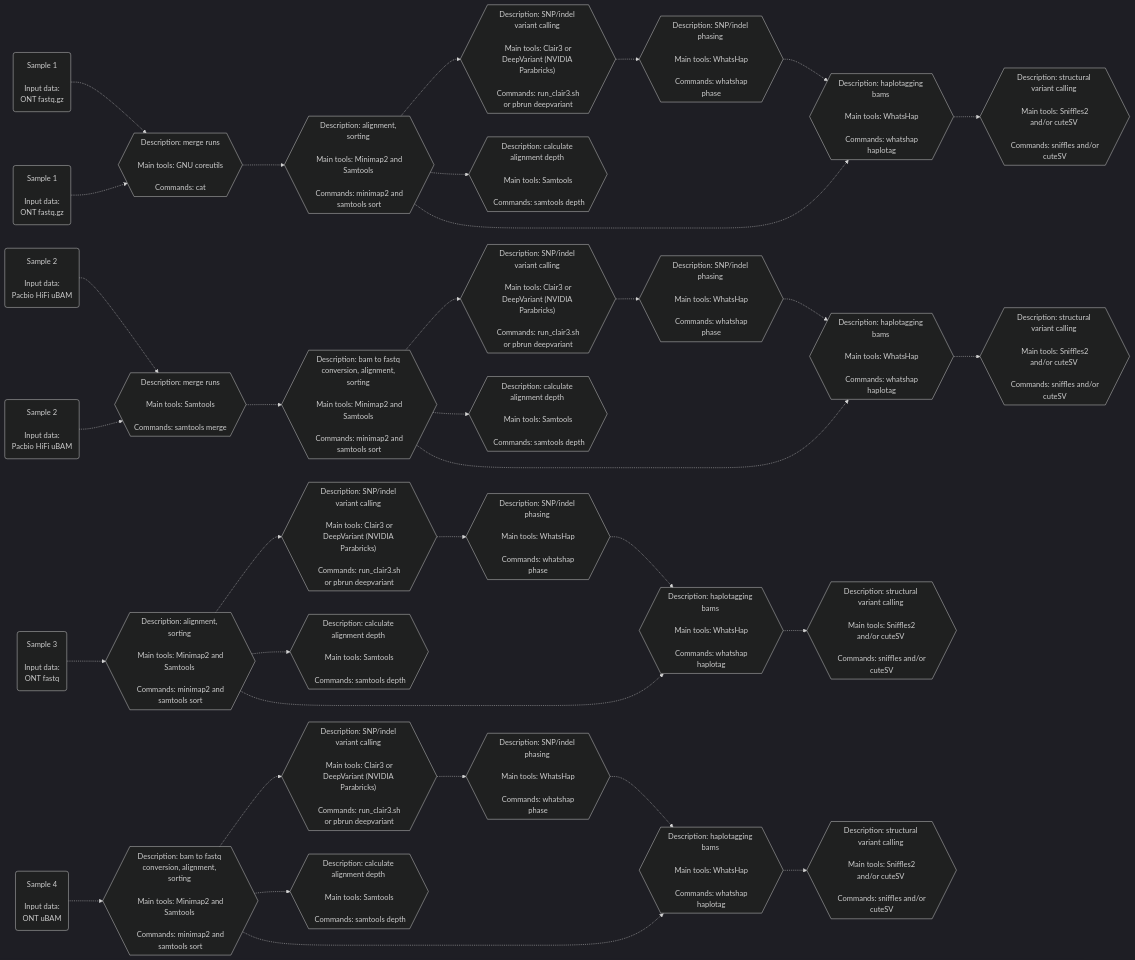
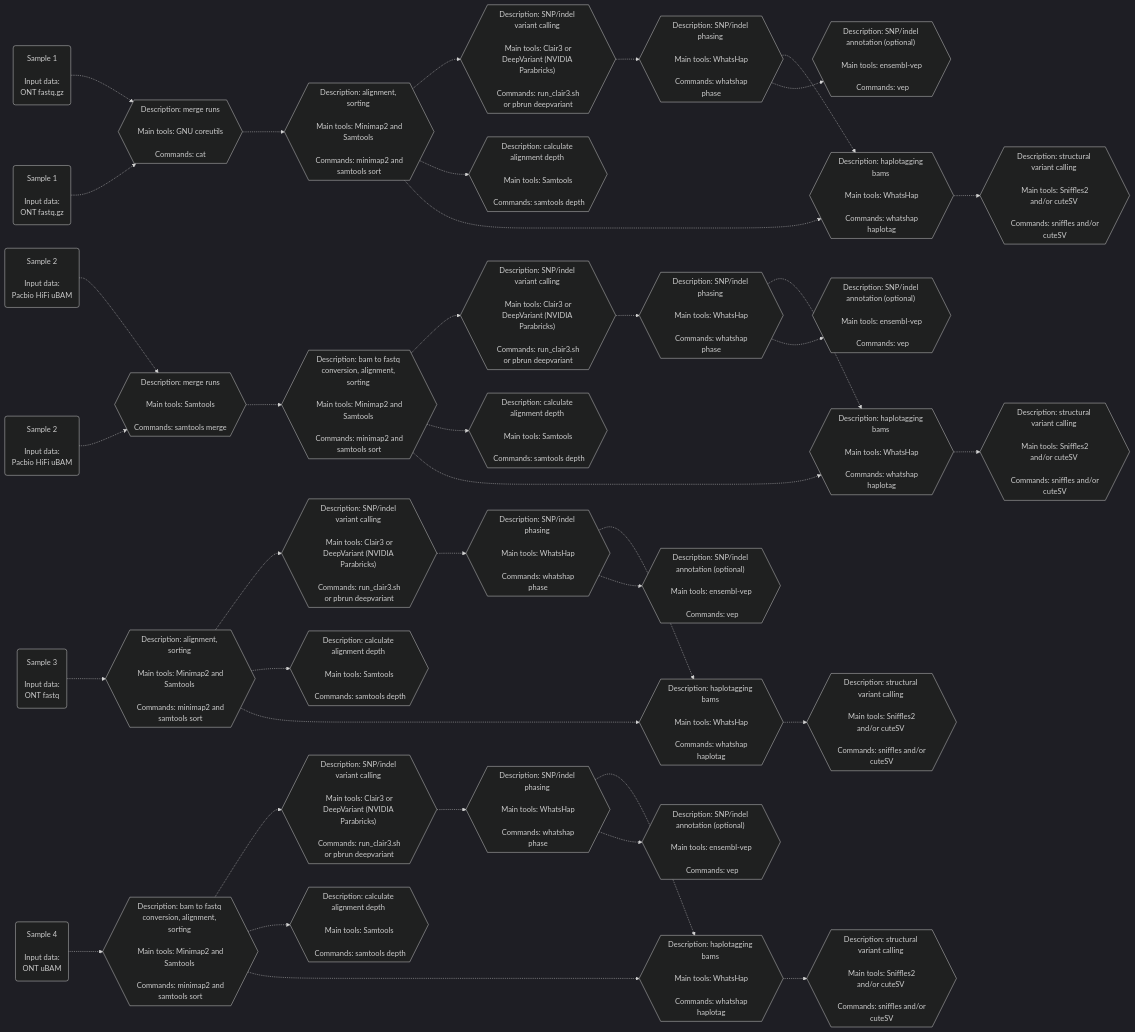
The second of 2 diagrams in README.md (leahkemp/pipeface), drawn with Mermaid before and after one commit. The commit also changed other lines of this file and 5 other files, not shown here.

````diff
--- a/README.md
+++ b/README.md
@@ -37,63 +39,73 @@
 ```mermaid
 %%{init: {'theme':'dark'}}%%
 flowchart LR
 
 ont_data_f1("Sample 1 <br><br> Input data: <br> ONT fastq.gz")
 ont_data_f2("Sample 1 <br><br> Input data: <br> ONT fastq.gz")
 pacbio_data_f3("Sample 2 <br><br> Input data: <br> Pacbio HiFi uBAM")
 pacbio_data_f4("Sample 2 <br><br> Input data: <br> Pacbio HiFi uBAM")
 ont_data_f5("Sample 3 <br><br> Input data: <br> ONT fastq")
 ont_data_f6("Sample 4 <br><br> Input data: <br> ONT uBAM")
 
 merging_m1{{"Description: merge runs <br><br> Main tools: GNU coreutils <br><br> Commands: cat"}}
 merging_m2{{"Description: merge runs <br><br> Main tools: Samtools <br><br> Commands: samtools merge"}}
 
 alignment_s1{{"Description: alignment, sorting <br><br> Main tools: Minimap2 and Samtools <br><br> Commands: minimap2 and samtools sort"}}
 alignment_s2{{"Description: alignment, sorting <br><br> Main tools: Minimap2 and Samtools <br><br> Commands: minimap2 and samtools sort"}}
 alignment_s3{{"Description: bam to fastq conversion, alignment, sorting <br><br> Main tools: Minimap2 and Samtools <br><br> Commands: minimap2 and samtools sort"}}
 alignment_s4{{"Description: bam to fastq conversion, alignment, sorting <br><br> Main tools: Minimap2 and Samtools <br><br> Commands: minimap2 and samtools sort"}}
 
 depth_s1{{"Description: calculate alignment depth <br><br> Main tools: Samtools <br><br> Commands: samtools depth"}}
 depth_s2{{"Description: calculate alignment depth <br><br> Main tools: Samtools <br><br> Commands: samtools depth"}}
 depth_s3{{"Description: calculate alignment depth <br><br> Main tools: Samtools <br><br> Commands: samtools depth"}}
 depth_s4{{"Description: calculate alignment depth <br><br> Main tools: Samtools <br><br> Commands: samtools depth"}}
 
 snp_indel_calling_s1{{"Description: SNP/indel variant calling <br><br> Main tools: Clair3 or DeepVariant (NVIDIA Parabricks) <br><br> Commands: run_clair3.sh or pbrun deepvariant"}}
 snp_indel_calling_s2{{"Description: SNP/indel variant calling <br><br> Main tools: Clair3 or DeepVariant (NVIDIA Parabricks) <br><br> Commands: run_clair3.sh or pbrun deepvariant"}}
 snp_indel_calling_s3{{"Description: SNP/indel variant calling <br><br> Main tools: Clair3 or DeepVariant (NVIDIA Parabricks) <br><br> Commands: run_clair3.sh or pbrun deepvariant"}}
 snp_indel_calling_s4{{"Description: SNP/indel variant calling <br><br> Main tools: Clair3 or DeepVariant (NVIDIA Parabricks) <br><br> Commands: run_clair3.sh or pbrun deepvariant"}}
 
 snp_indel_phasing_s1{{"Description: SNP/indel phasing <br><br> Main tools: WhatsHap <br><br> Commands: whatshap phase"}}
 snp_indel_phasing_s2{{"Description: SNP/indel phasing <br><br> Main tools: WhatsHap <br><br> Commands: whatshap phase"}}
 snp_indel_phasing_s3{{"Description: SNP/indel phasing <br><br> Main tools: WhatsHap <br><br> Commands: whatshap phase"}}
 snp_indel_phasing_s4{{"Description: SNP/indel phasing <br><br> Main tools: WhatsHap <br><br> Commands: whatshap phase"}}
 
+snp_indel_annotation_s1{{"Description: SNP/indel annotation (optional) <br><br> Main tools: ensembl-vep <br><br> Commands: vep"}}
+snp_indel_annotation_s2{{"Description: SNP/indel annotation (optional) <br><br> Main tools: ensembl-vep <br><br> Commands: vep"}}
+snp_indel_annotation_s3{{"Description: SNP/indel annotation (optional) <br><br> Main tools: ensembl-vep <br><br> Commands: vep"}}
+snp_indel_annotation_s4{{"Description: SNP/indel annotation (optional) <br><br> Main tools: ensembl-vep <br><br> Commands: vep"}}
+
 haplotagging_s1{{"Description: haplotagging bams <br><br> Main tools: WhatsHap <br><br> Commands: whatshap haplotag"}}
 haplotagging_s2{{"Description: haplotagging bams <br><br> Main tools: WhatsHap <br><br> Commands: whatshap haplotag"}}
 haplotagging_s3{{"Description: haplotagging bams <br><br> Main tools: WhatsHap <br><br> Commands: whatshap haplotag"}}
 haplotagging_s4{{"Description: haplotagging bams <br><br> Main tools: WhatsHap <br><br> Commands: whatshap haplotag"}}
 
 sv_calling_s1{{"Description: structural variant calling <br><br> Main tools: Sniffles2 and/or cuteSV <br><br> Commands: sniffles and/or cuteSV"}}
 sv_calling_s2{{"Description: structural variant calling <br><br> Main tools: Sniffles2 and/or cuteSV <br><br> Commands: sniffles and/or cuteSV"}}
 sv_calling_s3{{"Description: structural variant calling <br><br> Main tools: Sniffles2 and/or cuteSV <br><br> Commands: sniffles and/or cuteSV"}}
 sv_calling_s4{{"Description: structural variant calling <br><br> Main tools: Sniffles2 and/or cuteSV <br><br> Commands: sniffles and/or cuteSV"}}
 
 ont_data_f1-.->merging_m1-.->alignment_s1-.->snp_indel_calling_s1-.->snp_indel_phasing_s1-.->haplotagging_s1-.->sv_calling_s1
 ont_data_f2-.->merging_m1
 ont_data_f5-.->alignment_s2-.->snp_indel_calling_s2-.->snp_indel_phasing_s2-.->haplotagging_s2-.->sv_calling_s2
 ont_data_f6-.->alignment_s3-.->snp_indel_calling_s3-.->snp_indel_phasing_s3-.->haplotagging_s3-.->sv_calling_s3
 
 pacbio_data_f3-.->merging_m2-.->alignment_s4-.->snp_indel_calling_s4-.->snp_indel_phasing_s4-.->haplotagging_s4-.->sv_calling_s4
 pacbio_data_f4-.->merging_m2
 
 alignment_s1-.->depth_s1
 alignment_s2-.->depth_s2
 alignment_s3-.->depth_s3
 alignment_s4-.->depth_s4
 
 alignment_s1-.->haplotagging_s1
 alignment_s2-.->haplotagging_s2
 alignment_s3-.->haplotagging_s3
 alignment_s4-.->haplotagging_s4
 
+snp_indel_phasing_s1-.->snp_indel_annotation_s1
+snp_indel_phasing_s2-.->snp_indel_annotation_s2
+snp_indel_phasing_s3-.->snp_indel_annotation_s3
+snp_indel_phasing_s4-.->snp_indel_annotation_s4
+
 ```
````
